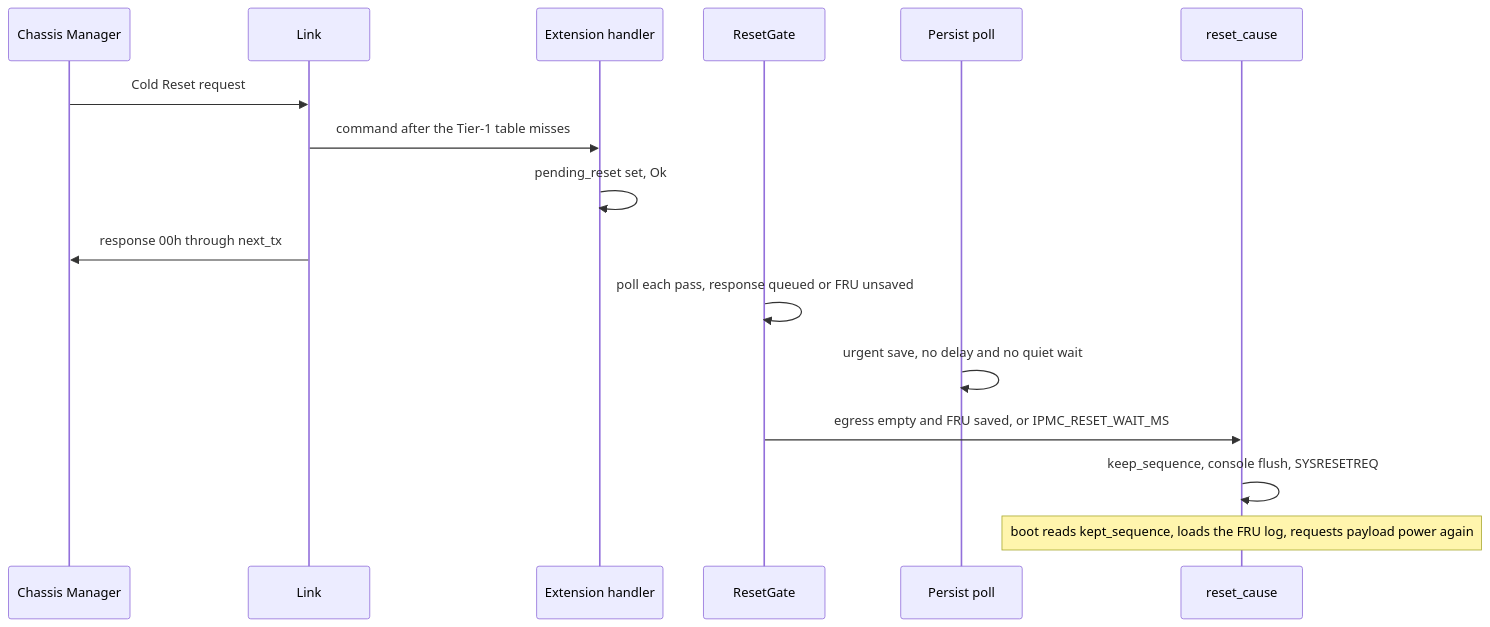
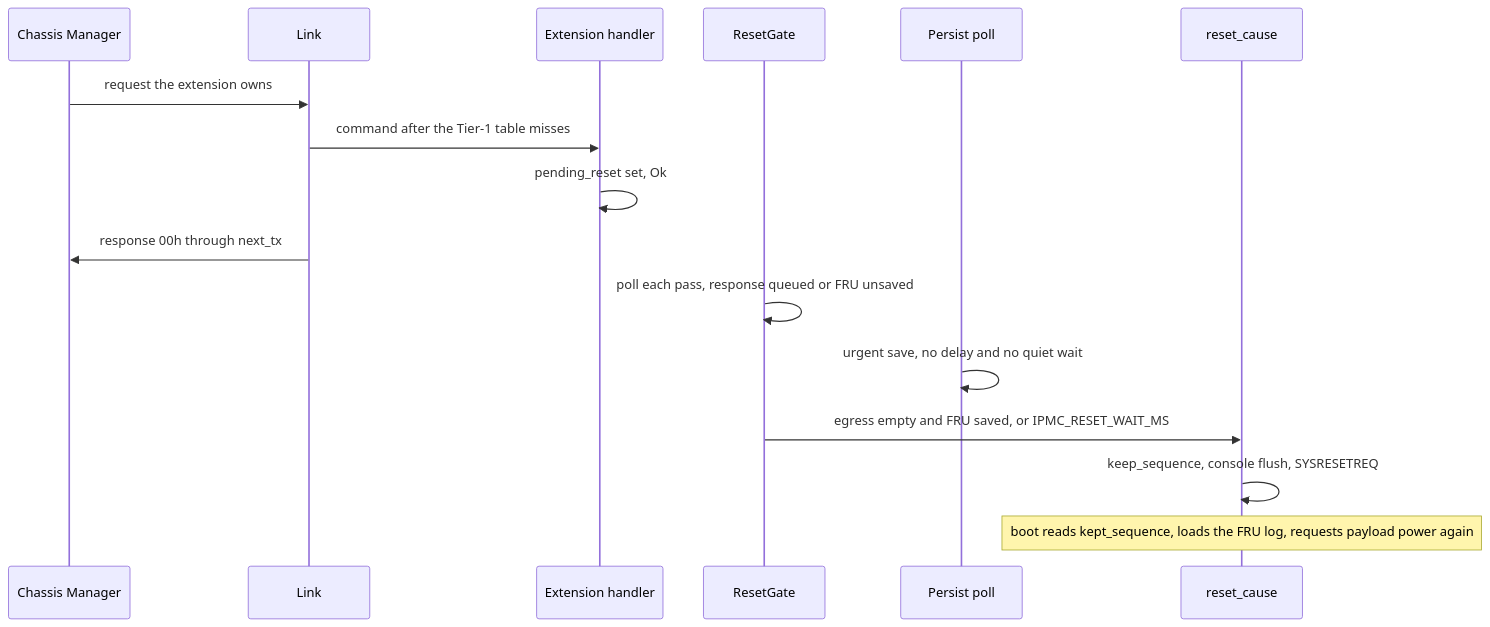
One commit to ironkernel01/IPMIRustFRU changed the first of 11 diagrams in Documentation/ipmc_software_spec.md. Above: the diagram before and after it, drawn with Mermaid. The commit also changed other lines of this file and 14 other files, not shown here.

````diff
--- a/Documentation/ipmc_software_spec.md
+++ b/Documentation/ipmc_software_spec.md
@@ -1708,18 +1900,18 @@
 ```mermaid
 sequenceDiagram
     participant CM as Chassis Manager
     participant LNK as Link
     participant X as Extension handler
     participant G as ResetGate
     participant P as Persist poll
     participant R as reset_cause
-    CM->>LNK: Cold Reset request
+    CM->>LNK: request the extension owns
     LNK->>X: command after the Tier-1 table misses
     X->>X: pending_reset set, Ok
     LNK->>CM: response 00h through next_tx
     G->>G: poll each pass, response queued or FRU unsaved
     P->>P: urgent save, no delay and no quiet wait
     G->>R: egress empty and FRU saved, or IPMC_RESET_WAIT_MS
     R->>R: keep_sequence, console flush, SYSRESETREQ
     Note over R: boot reads kept_sequence, loads the FRU log, requests payload power again
 ```
````
